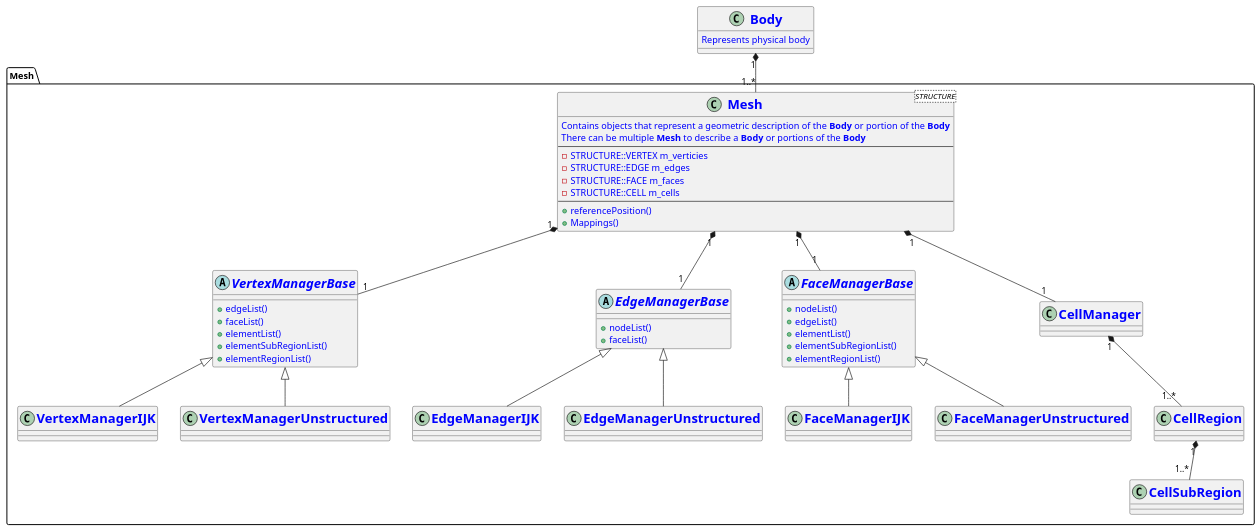
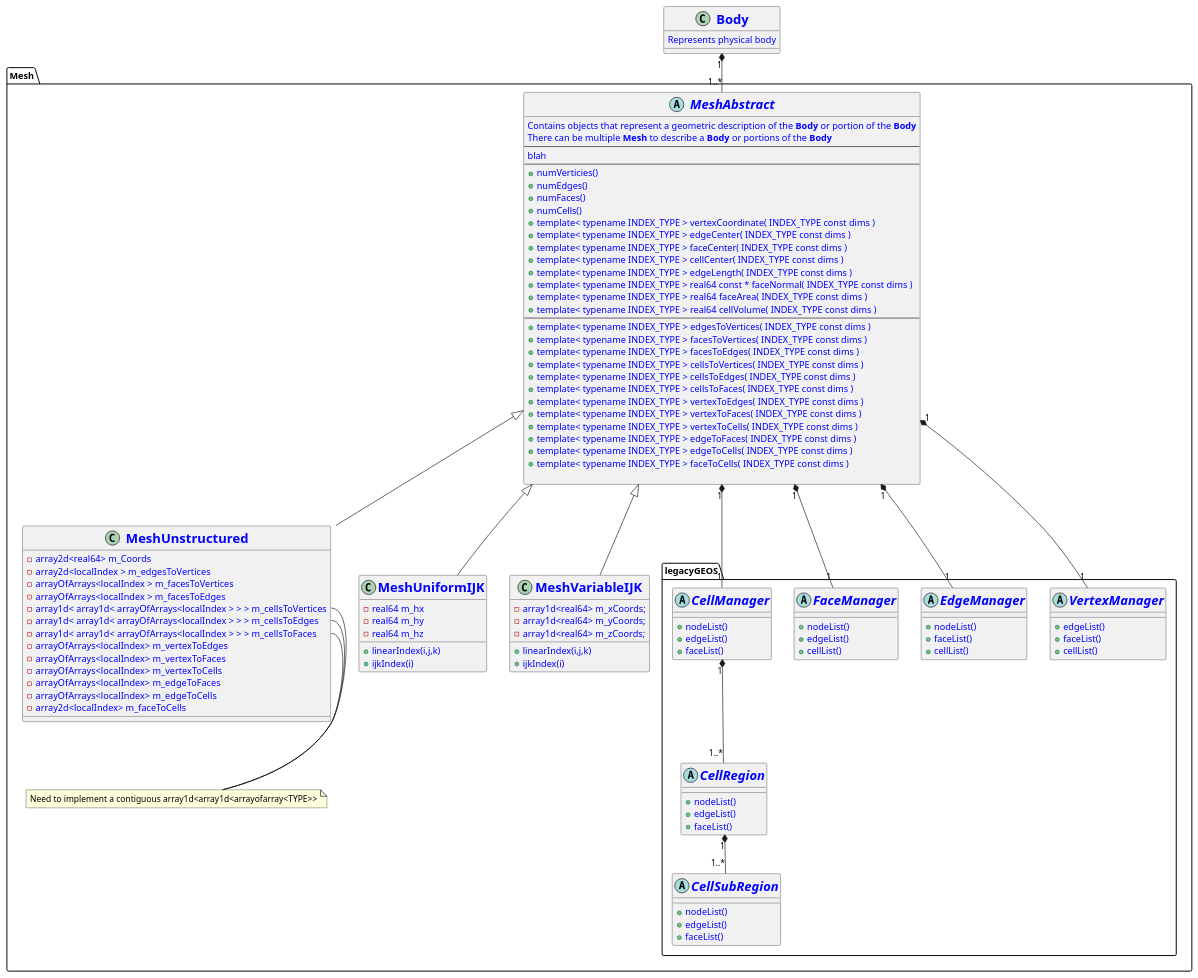
Before and after one commit to GEOS-DEV/GEOS: the diagram in src/coreComponents/mesh/newMesh/Mesh.plantuml, drawn with PlantUML. The commit also changed 3 other files, not shown here.

Commit message:
add ShivaInterface uml

```diff
--- a/src/coreComponents/mesh/newMesh/Mesh.plantuml
+++ b/src/coreComponents/mesh/newMesh/Mesh.plantuml
@@ -1,91 +1,168 @@
 @startuml
 <style>
 classDiagram {
   class {
       ' attributes and methods
       FontColor blue
       ' class name
       header {
         FontSize 20
         FontStyle bold
       }
   }
 }
 </style>
 
-set separator ::
+!pragma useNewPackage
+set separator .
 
 
 Class Body {
 Represents physical body
 }
 
 
-Body "1" *-- "1..*" Mesh::Mesh
+Body "1" *-- "1..*" Mesh.MeshAbstract
 
 namespace Mesh {
 
-class Mesh<STRUCTURE> {
+abstract MeshAbstract {
 Contains objects that represent a geometric description of the **Body** or portion of the **Body**
 There can be multiple **Mesh** to describe a **Body** or portions of the **Body**
 --
--STRUCTURE::VERTEX m_verticies
--STRUCTURE::EDGE m_edges
--STRUCTURE::FACE m_faces
--STRUCTURE::CELL m_cells
+blah
 --
-+referencePosition()
-+Mappings()
++numVerticies()
++numEdges()
++numFaces()
++numCells()
++template< typename INDEX_TYPE > vertexCoordinate( INDEX_TYPE const dims )
++template< typename INDEX_TYPE > edgeCenter( INDEX_TYPE const dims )
++template< typename INDEX_TYPE > faceCenter( INDEX_TYPE const dims )
++template< typename INDEX_TYPE > cellCenter( INDEX_TYPE const dims )
++template< typename INDEX_TYPE > edgeLength( INDEX_TYPE const dims )
++template< typename INDEX_TYPE > real64 const * faceNormal( INDEX_TYPE const dims )
++template< typename INDEX_TYPE > real64 faceArea( INDEX_TYPE const dims )
++template< typename INDEX_TYPE > real64 cellVolume( INDEX_TYPE const dims )
+--
++template< typename INDEX_TYPE > edgesToVertices( INDEX_TYPE const dims )
++template< typename INDEX_TYPE > facesToVertices( INDEX_TYPE const dims ) 
++template< typename INDEX_TYPE > facesToEdges( INDEX_TYPE const dims ) 
++template< typename INDEX_TYPE > cellsToVertices( INDEX_TYPE const dims )
++template< typename INDEX_TYPE > cellsToEdges( INDEX_TYPE const dims )
++template< typename INDEX_TYPE > cellsToFaces( INDEX_TYPE const dims )
++template< typename INDEX_TYPE > vertexToEdges( INDEX_TYPE const dims )
++template< typename INDEX_TYPE > vertexToFaces( INDEX_TYPE const dims )
++template< typename INDEX_TYPE > vertexToCells( INDEX_TYPE const dims )
++template< typename INDEX_TYPE > edgeToFaces( INDEX_TYPE const dims )
++template< typename INDEX_TYPE > edgeToCells( INDEX_TYPE const dims )
++template< typename INDEX_TYPE > faceToCells( INDEX_TYPE const dims )
+
+}
+
+note "Need to implement a contiguous array1d<array1d<arrayofarray<TYPE>>" as N1
+
+
+class MeshUnstructured {
+  -array2d<real64> m_Coords
+  -array2d<localIndex > m_edgesToVertices 
+  -arrayOfArrays<localIndex > m_facesToVertices 
+  -arrayOfArrays<localIndex > m_facesToEdges 
+  -array1d< array1d< arrayOfArrays<localIndex > > > m_cellsToVertices
+  -array1d< array1d< arrayOfArrays<localIndex > > > m_cellsToEdges
+  -array1d< array1d< arrayOfArrays<localIndex > > > m_cellsToFaces
+  -arrayOfArrays<localIndex> m_vertexToEdges
+  -arrayOfArrays<localIndex> m_vertexToFaces
+  -arrayOfArrays<localIndex> m_vertexToCells
+  -arrayOfArrays<localIndex> m_edgeToFaces
+  -arrayOfArrays<localIndex> m_edgeToCells
+  -array2d<localIndex> m_faceToCells
+
+}
+
+class MeshUniformIJK {
+  -real64 m_hx
+  -real64 m_hy
+  -real64 m_hz
+  +linearIndex(i,j,k)
+  +ijkIndex(i)
+
+}
+
+class MeshVariableIJK {
+  -array1d<real64> m_xCoords;
+  -array1d<real64> m_yCoords;
+  -array1d<real64> m_zCoords;
+  +linearIndex(i,j,k)
+  +ijkIndex(i)
+
+}
+
+namespace legacyGEOS {
+
+abstract class VertexManager {
+    +edgeList()
+    +faceList()
+    +cellList()
+
+}
+
+abstract class EdgeManager {
+    +nodeList()
+    +faceList()
+    +cellList()
+}
+
+abstract class FaceManager {
+    +nodeList()
+    +edgeList()
+    +cellList()
+}
+abstract class CellManager {
+    +nodeList()
+    +edgeList()
+    +faceList()
+}
+
+abstract class CellRegion {
+    +nodeList()
+    +edgeList()
+    +faceList()
+}
+
+abstract class CellSubRegion {
+    +nodeList()
+    +edgeList()
+    +faceList()
 }
 
 
-
-
-abstract class VertexManagerBase {
-    +edgeList()
-    +faceList()
-    +elementList()
-    +elementSubRegionList()
-    +elementRegionList()
-}
-
-abstract class EdgeManagerBase {
-    +nodeList()
-    +faceList()
-}
-
-abstract class FaceManagerBase {
-    +nodeList()
-    +edgeList()
-    +elementList()
-    +elementSubRegionList()
-    +elementRegionList()
-}
+} /' legacyGEOS '/
 
 
 
 
 
+MeshAbstract <|-- MeshUnstructured
+MeshAbstract <|-- MeshUniformIJK
+MeshAbstract <|-- MeshVariableIJK
 
-Mesh::Mesh "1" *-- "1" Mesh::VertexManagerBase
-Mesh::Mesh "1" *-- "1" Mesh::EdgeManagerBase
-Mesh::Mesh "1" *-- "1" Mesh::FaceManagerBase
-Mesh::Mesh "1" *-- "1" Mesh::CellManager
 
-Mesh::VertexManagerBase  <|--  Mesh::VertexManagerIJK
-Mesh::VertexManagerBase  <|--  Mesh::VertexManagerUnstructured
+Mesh.MeshAbstract "1" *-- "1" Mesh.legacyGEOS.VertexManager
+Mesh.MeshAbstract "1" *-- "1" Mesh.legacyGEOS.EdgeManager
+Mesh.MeshAbstract "1" *-- "1" Mesh.legacyGEOS.FaceManager
+Mesh.MeshAbstract "1" *-- "1" Mesh.legacyGEOS.CellManager
 
-Mesh::EdgeManagerBase  <|--  Mesh::EdgeManagerIJK
-Mesh::EdgeManagerBase  <|--  Mesh::EdgeManagerUnstructured
-
-Mesh::FaceManagerBase  <|--  Mesh::FaceManagerIJK
-Mesh::FaceManagerBase  <|--  Mesh::FaceManagerUnstructured
-
-Mesh::CellManager "1" *-- "1..*" Mesh::CellRegion
-Mesh::CellRegion "1" *-- "1..*" Mesh::CellSubRegion
+Mesh.legacyGEOS.CellManager "1" *-- "1..*" Mesh.legacyGEOS.CellRegion
+Mesh.legacyGEOS.CellRegion "1" *-- "1..*" Mesh.legacyGEOS.CellSubRegion
 
 
 } /'namespace Mesh '/
 
 
+Mesh.MeshUnstructured::m_cellsToVertices -- Mesh.N1 
+Mesh.MeshUnstructured::m_cellsToEdges -- Mesh.N1 
+Mesh.MeshUnstructured::m_cellsToFaces -- Mesh.N1 
+
+
 @enduml
```
